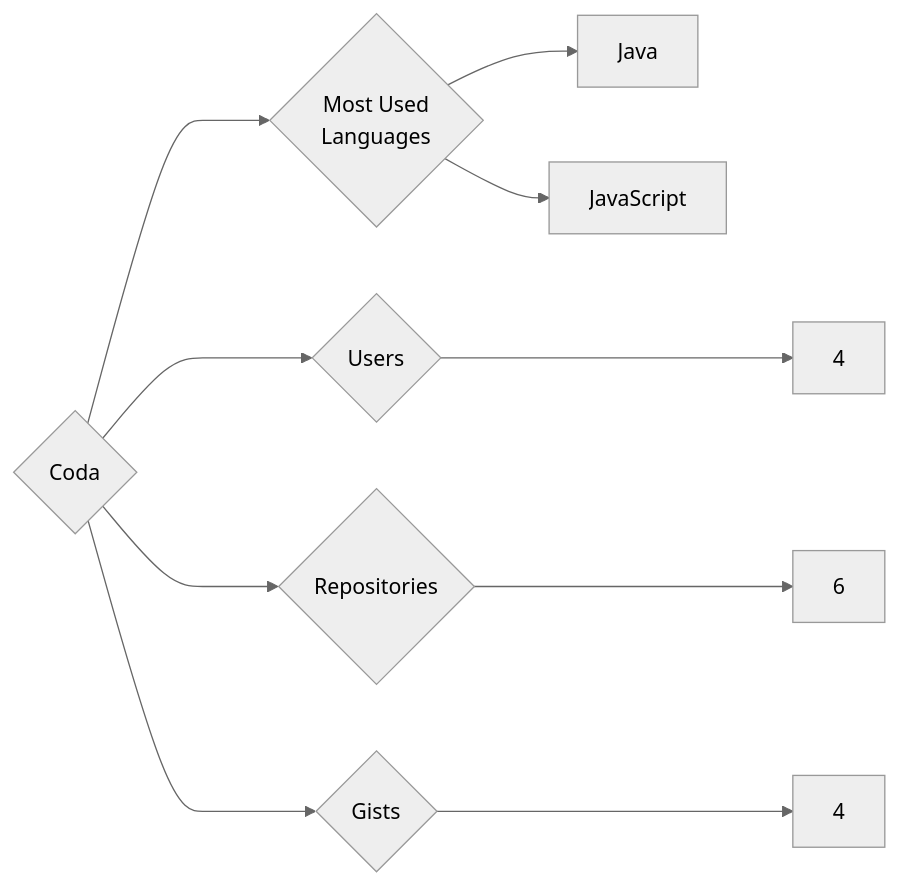
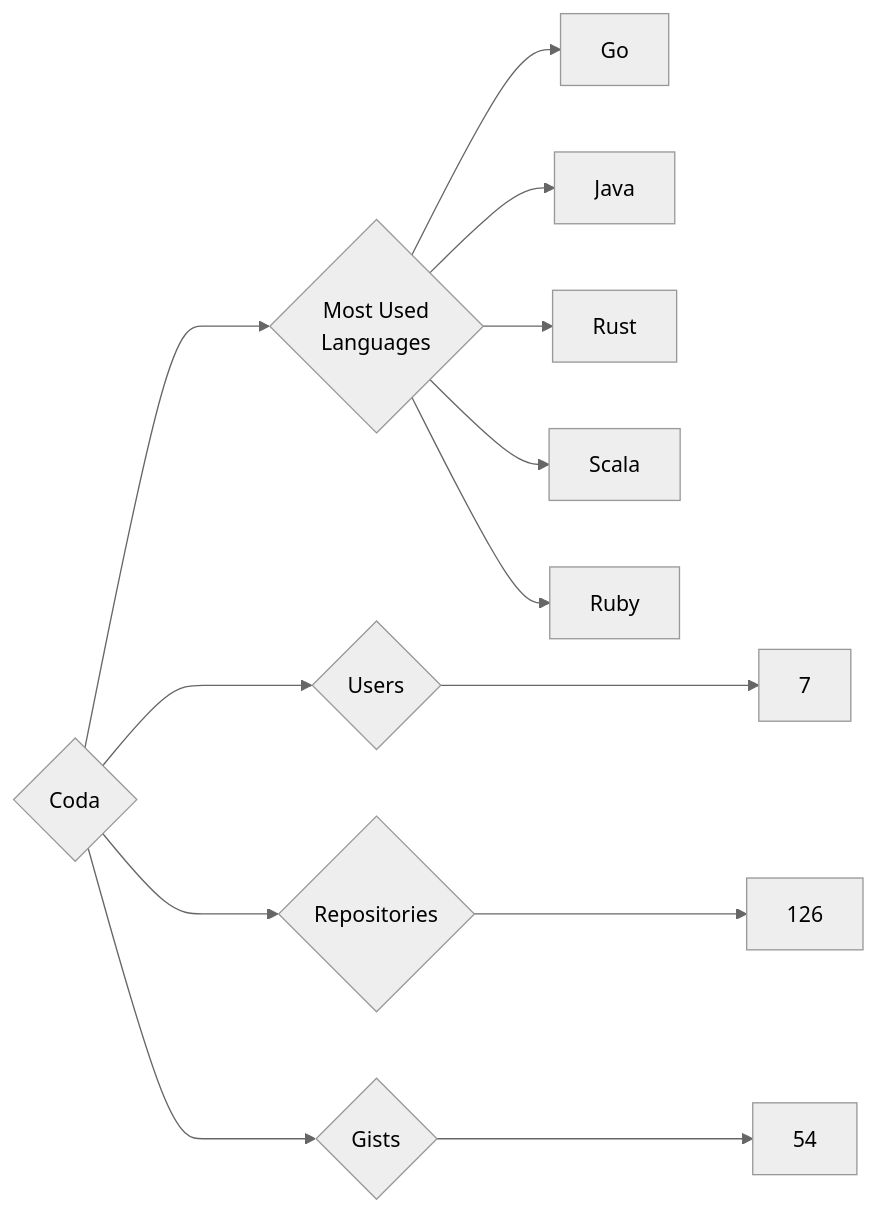
The diagram in targets/Coda/README.md (trickest/insiders), drawn with Mermaid (neutral theme) before and after one commit. The commit also changed 997 other files, not shown here.

````diff
--- a/targets/Coda/README.md
+++ b/targets/Coda/README.md
@@ -3,10 +3,13 @@
 ```mermaid
 graph LR
 COMPANY_NAME{Coda}
-COMPANY_NAME ---> U{Users} ---> UN[4]
-COMPANY_NAME ---> R{Repositories} ---> RN[6]
-COMPANY_NAME ---> G{Gists} ---> GN[4]
+COMPANY_NAME ---> U{Users} ---> UN[7]
+COMPANY_NAME ---> R{Repositories} ---> RN[126]
+COMPANY_NAME ---> G{Gists} ---> GN[54]
 COMPANY_NAME ---> ML{Most Used<br>Languages}
+ML --> Go[Go]
 ML --> Java[Java]
-ML --> JavaScript[JavaScript]
+ML --> Rust[Rust]
+ML --> Scala[Scala]
+ML --> Ruby[Ruby]
 ```
````
